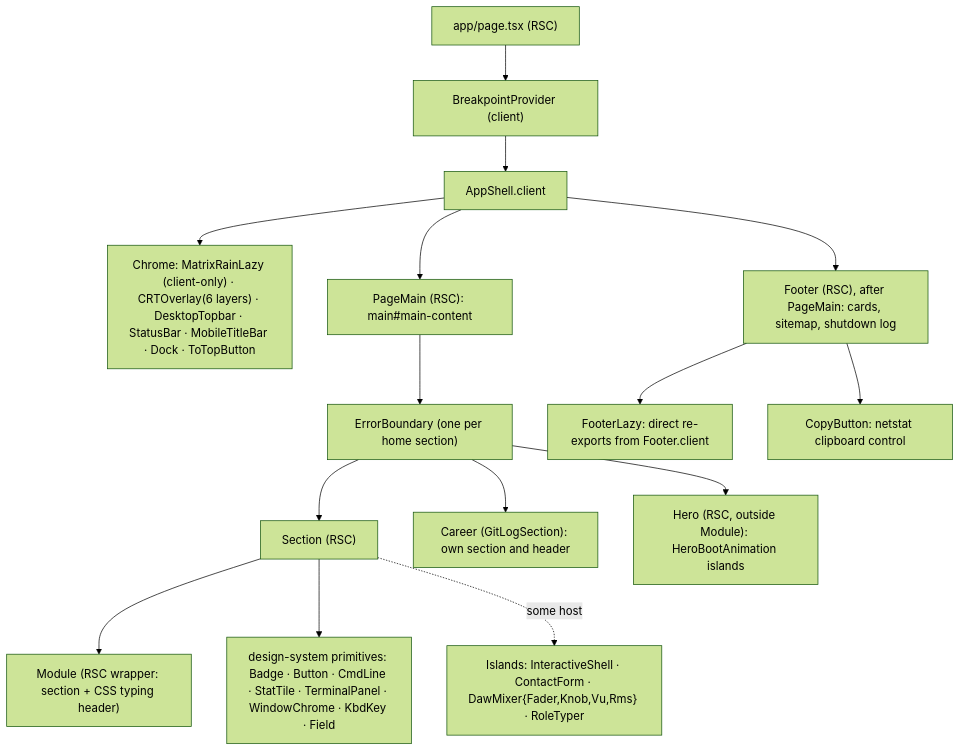
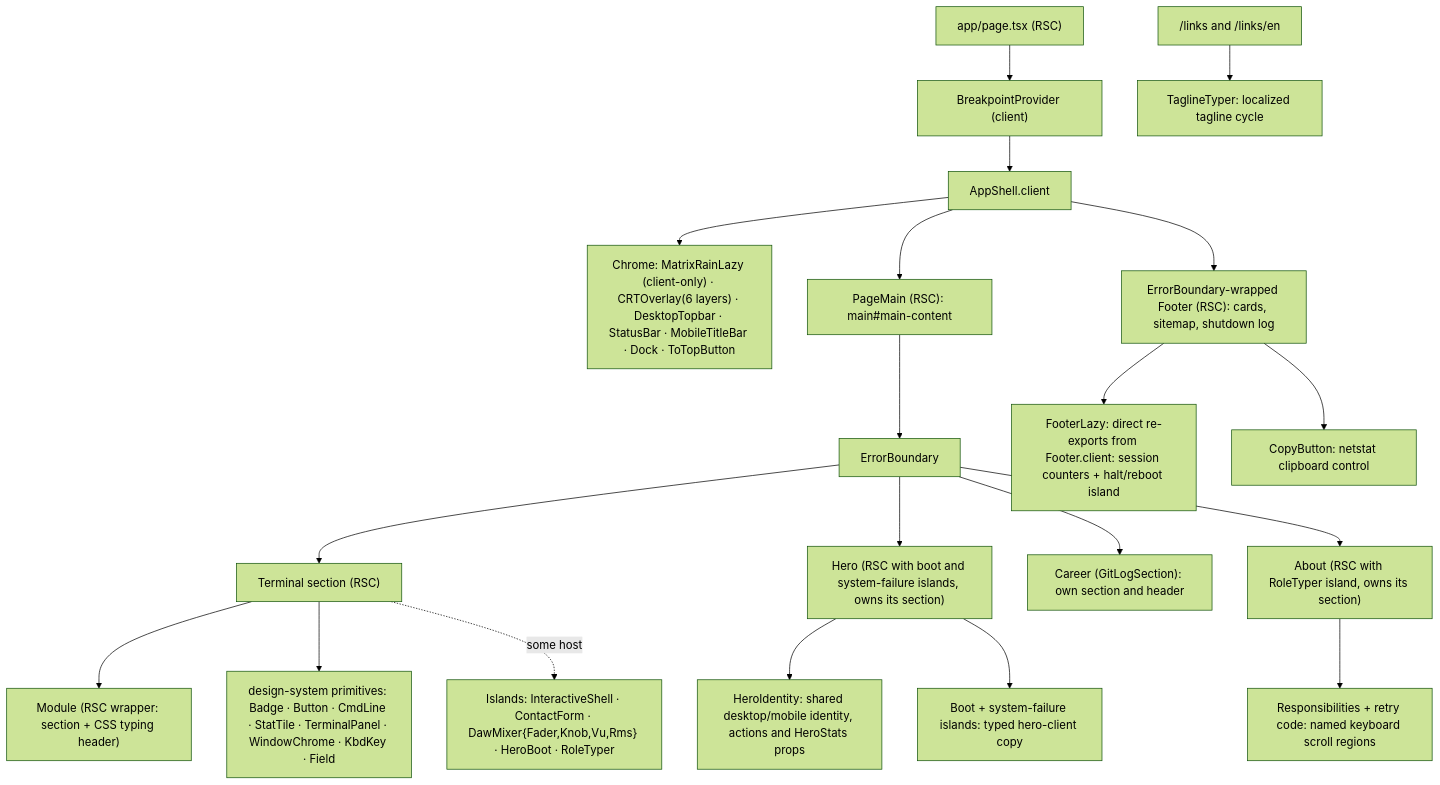
The first of 2 diagrams in docs/04-components-and-state.md (erikunha/portfolio), drawn with Mermaid (forest theme) before and after one commit. The commit also changed other lines of this file and 66 other files, not shown here.

First line of the commit message:
feat(hero): r106 hero and about panels (#282)

````diff
--- a/docs/04-components-and-state.md
+++ b/docs/04-components-and-state.md
@@ -24,18 +26,22 @@
 ```mermaid
 flowchart TD
     page["app/page.tsx (RSC)"] --> bp["BreakpointProvider (client)"]
     bp --> shell["AppShell.client"]
     shell --> chrome["Chrome: MatrixRainLazy (client-only) · CRTOverlay(6 layers) · DesktopTopbar · StatusBar · MobileTitleBar · Dock · ToTopButton"]
     shell --> main["PageMain (RSC): main#main-content"]
-    main --> eb["ErrorBoundary (one per home section)"]
-    eb --> sec
-    mod["Module (RSC wrapper: section + CSS typing header)"]
-    sec["Section (RSC)"] --> mod
+    main --> eb["ErrorBoundary"]
+    eb --> sec["Terminal section (RSC)"]
+    sec --> mod["Module (RSC wrapper: section + CSS typing header)"]
     sec --> dsp["design-system primitives: Badge · Button · CmdLine · StatTile · TerminalPanel · WindowChrome · KbdKey · Field"]
-    sec -. some host .-> isl["Islands: InteractiveShell · ContactForm · DawMixer{Fader,Knob,Vu,Rms} · RoleTyper"]
+    sec -. some host .-> isl["Islands: InteractiveShell · ContactForm · DawMixer{Fader,Knob,Vu,Rms} · HeroBoot · RoleTyper"]
+    eb --> hero["Hero (RSC with boot and system-failure islands, owns its section)"]
+    hero --> identity["HeroIdentity: shared desktop/mobile identity, actions and HeroStats props"]
+    hero --> clientcopy["Boot + system-failure islands: typed hero-client copy"]
     eb --> career["Career (GitLogSection): own section and header"]
-    eb --> hero["Hero (RSC, outside Module): HeroBootAnimation islands"]
-    shell --> fl["Footer (RSC), after PageMain: cards, sitemap, shutdown log"]
-    fl --> fi["FooterLazy: direct re-exports from Footer.client"]
+    eb --> about["About (RSC with RoleTyper island, owns its section)"]
+    about --> scroll["Responsibilities + retry code: named keyboard scroll regions"]
+    shell --> fl["ErrorBoundary-wrapped Footer (RSC): cards, sitemap, shutdown log"]
+    fl --> fi["FooterLazy: direct re-exports from Footer.client: session counters + halt/reboot island"]
     fl --> fc["CopyButton: netstat clipboard control"]
+    links["/links and /links/en"] --> tagline["TaglineTyper: localized tagline cycle"]
 ```
````
